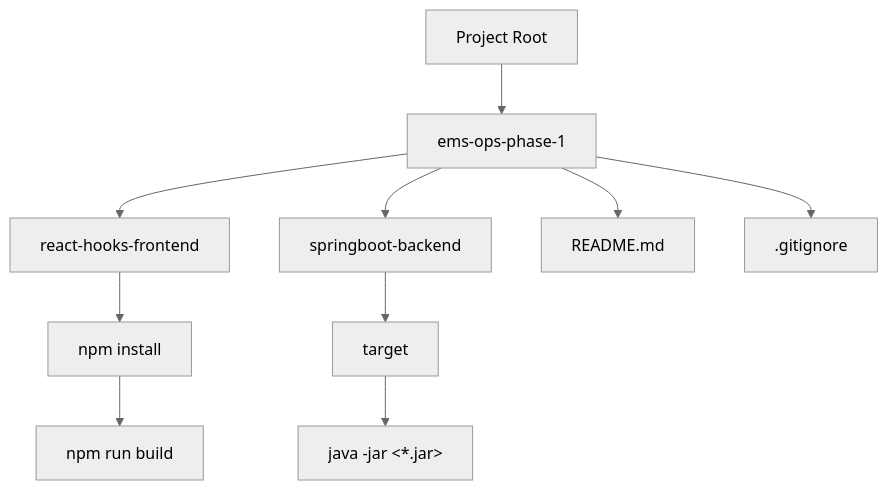
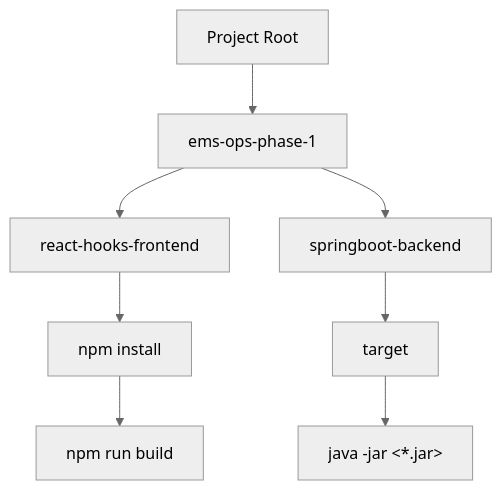
Before and after one commit to Sruthi-22012002/Tomcat: the first of 3 diagrams in 3-tier-application/README.md, drawn with Mermaid (neutral theme).

````diff
--- a/3-tier-application/README.md
+++ b/3-tier-application/README.md
@@ -34,15 +34,13 @@
 ```mermaid
 flowchart TD
     A[Project Root] --> B[ems-ops-phase-1]
     
     B --> C[react-hooks-frontend]
     B --> D[springboot-backend]
-    B --> E[README.md]
-    B --> F[.gitignore]
 
     C --> G[npm install]
     G --> H[npm run build]
 
     D --> I[target]
     I -->J[java -jar <*.jar>]
 ```
````
